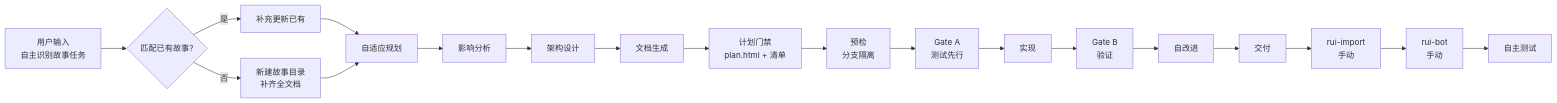
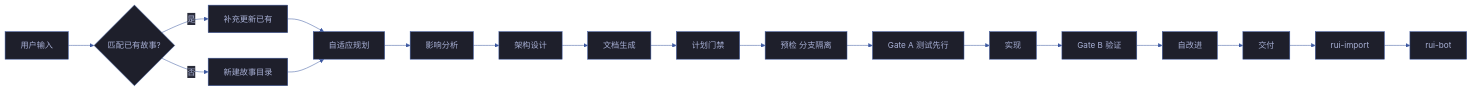
The first of 2 diagrams in skills/rui/SKILL.md (effiy/YrY), drawn with Mermaid before and after one commit. The commit also changed other lines of this file and 341 other files, not shown here.

````diff
--- a/skills/rui/SKILL.md
+++ b/skills/rui/SKILL.md
@@ -83,10 +48,14 @@
 ```mermaid
+%%{init: {'theme': 'base', 'themeVariables': {
+  'primaryColor': '#1e1f2b', 'primaryTextColor': '#a9b1d6', 'primaryBorderColor': '#3d59a1',
+  'lineColor': '#3d59a1', 'secondaryColor': '#2b2d3b', 'tertiaryColor': '#21232f'
+}}}%%
 flowchart LR
-    A[用户输入<br/>自主识别故事任务] --> A1{匹配已有故事?}
+    A[用户输入] --> A1{匹配已有故事?}
     A1 -->|"是"| A2[补充更新已有]
-    A1 -->|"否"| A3[新建故事目录<br/>补齐全文档]
+    A1 -->|"否"| A3[新建故事目录]
     A2 --> B[自适应规划] --> C[影响分析] --> D[架构设计] --> E[文档生成]
     A3 --> B
-    E --> P[计划门禁<br/>plan.html + 清单] --> F[预检<br/>分支隔离] --> G[Gate A<br/>测试先行] --> H[实现] --> I[Gate B<br/>验证] --> J[自改进] --> K[交付]
-    K --> K1[rui-import<br/>手动] --> K2[rui-bot<br/>手动] --> K3[自主测试]
+    E --> P[计划门禁] --> F[预检 分支隔离] --> G[Gate A 测试先行] --> H[实现] --> I[Gate B 验证] --> J[自改进] --> K[交付]
+    K --> K1[rui-import] --> K2[rui-bot]
 ```
````
